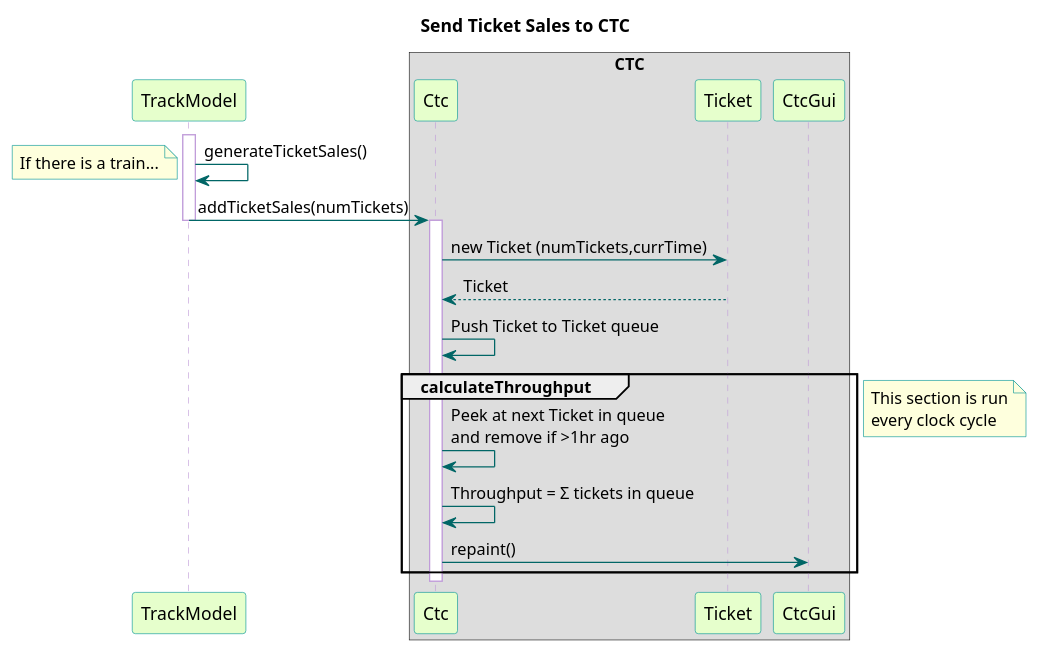
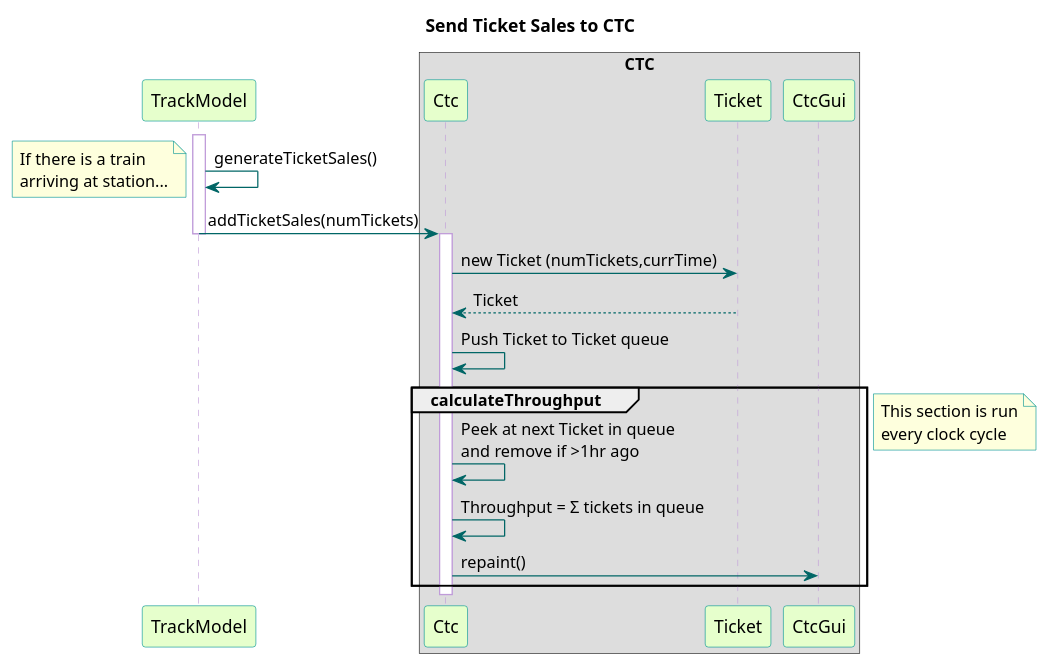
Before and after one commit to kevingilboy/COE1186: the diagram in TrainSystem/yUML/Sequence Diagrams/Ctc/CtcGetTicketSales.pu, drawn with PlantUML.

Commit message:
Updated ticket sales

```diff
--- a/TrainSystem/yUML/Sequence Diagrams/Ctc/CtcGetTicketSales.pu
+++ b/TrainSystem/yUML/Sequence Diagrams/Ctc/CtcGetTicketSales.pu
@@ -1,46 +1,46 @@
 @startuml
 
 title Send Ticket Sales to CTC
 
 skinparam noteBorderColor #049595
 
 skinparam sequence {
   BackgroundColor transparent
   ParticipantBackgroundColor #e6ffcc
   ParticipantBorderColor 	#049595
   noteBorderColor 	#049595
   PackageBorderCOlor  #049595
   ArrowColor #006666
   LifeLineBorderColor #c09cd9
 }
 
 participant TrackModel
 box "CTC"
 participant Ctc
 participant Ticket
 participant CtcGui
 end box
 
 activate TrackModel
 TrackModel -> TrackModel : generateTicketSales()
-note left: If there is a train...
+note left: If there is a train\narriving at station...
 TrackModel -> Ctc : addTicketSales(numTickets)
 deactivate TrackModel
 
 activate Ctc
 Ctc -> Ticket : new Ticket (numTickets,currTime)
 Ticket --> Ctc : Ticket
 Ctc -> Ctc : Push Ticket to Ticket queue
 group calculateThroughput
 Ctc -> Ctc : Peek at next Ticket in queue\nand remove if >1hr ago
 Ctc -> Ctc : Throughput = Σ tickets in queue
 Ctc -> CtcGui : repaint()
 end
 note right
 This section is run
 every clock cycle
 end note
 deactivate Ctc
 
 
 @enduml
```
